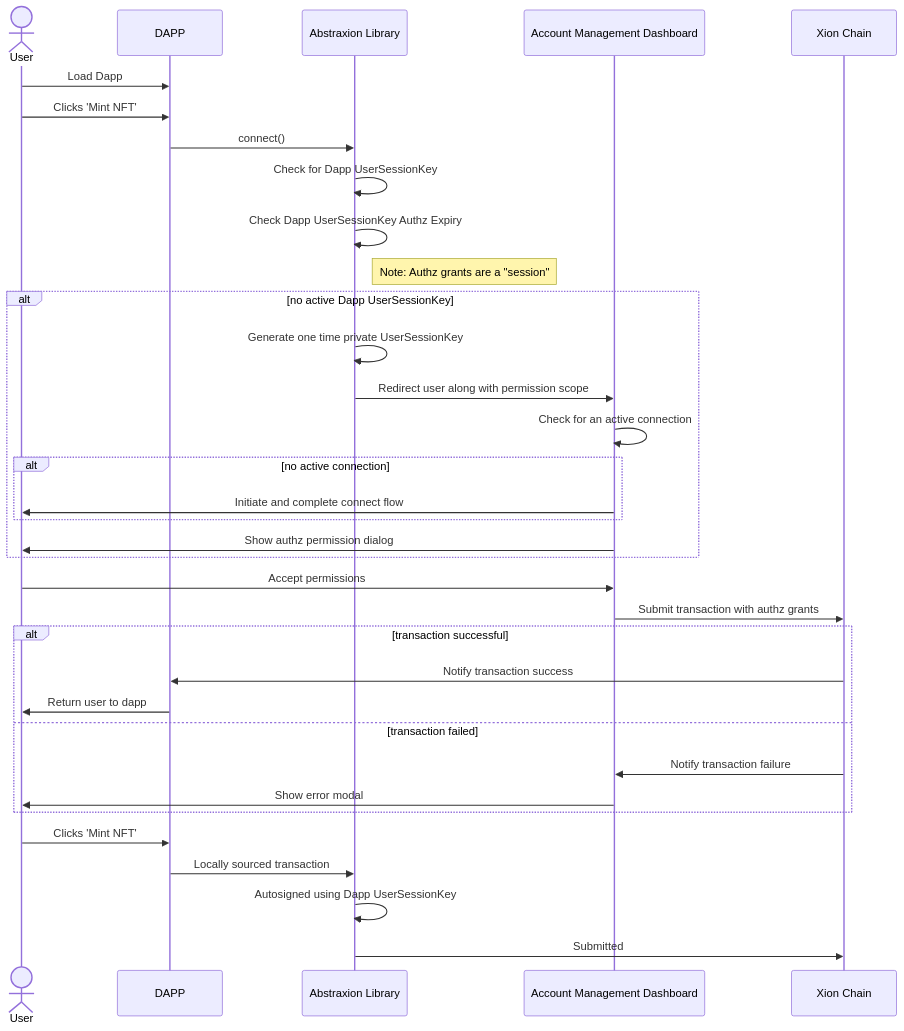
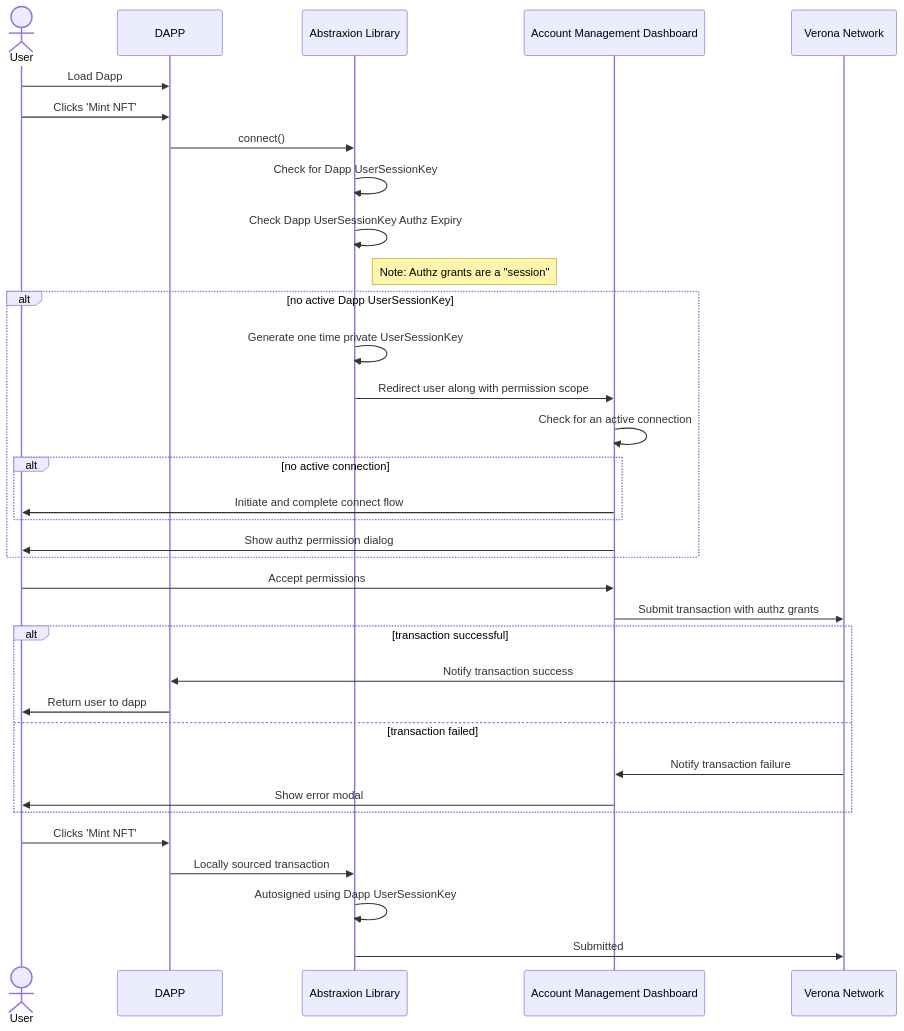
The diagram in about-verona/concepts/meta-accounts-design.md (burnt-labs/docs), drawn with Mermaid before and after one commit. The commit also changed other lines of this file and 83 other files, not shown here.

````diff
--- a/about-verona/concepts/meta-accounts-design.md
+++ b/about-verona/concepts/meta-accounts-design.md
@@ -70,36 +70,36 @@
 ```mermaid
 sequenceDiagram
     Actor User
     participant DAPP
     participant AbstraxionLibrary as Abstraxion Library
     participant AccountManagementDashboard as Account Management Dashboard
-    participant XionChain as Xion Chain
+    participant VeronaInfra as Verona Network
     User->>DAPP: Load Dapp
     User->>DAPP: Clicks 'Mint NFT'
     DAPP->>AbstraxionLibrary: connect()
     AbstraxionLibrary->>AbstraxionLibrary: Check for Dapp UserSessionKey 
     AbstraxionLibrary->>AbstraxionLibrary: Check Dapp UserSessionKey Authz Expiry
     Note right of AbstraxionLibrary: Note: Authz grants are a "session"
     alt no active Dapp UserSessionKey
         AbstraxionLibrary->>AbstraxionLibrary: Generate one time private UserSessionKey
         AbstraxionLibrary->>AccountManagementDashboard: Redirect user along with permission scope 
         AccountManagementDashboard->>AccountManagementDashboard: Check for an active connection
         alt no active connection
             AccountManagementDashboard->>User: Initiate and complete connect flow
         end
         AccountManagementDashboard->>User: Show authz permission dialog
     end
     User->>AccountManagementDashboard: Accept permissions
-    AccountManagementDashboard->>XionChain: Submit transaction with authz grants
+    AccountManagementDashboard->>VeronaInfra: Submit transaction with authz grants
     alt transaction successful
-        XionChain->>DAPP: Notify transaction success
+        VeronaInfra->>DAPP: Notify transaction success
         DAPP->>User: Return user to dapp
     else transaction failed
-        XionChain->>AccountManagementDashboard: Notify transaction failure
+        VeronaInfra->>AccountManagementDashboard: Notify transaction failure
         AccountManagementDashboard->>User: Show error modal
     end
     User->>DAPP: Clicks 'Mint NFT'
     DAPP->>AbstraxionLibrary: Locally sourced transaction
     AbstraxionLibrary->>AbstraxionLibrary: Autosigned using Dapp UserSessionKey  
-    AbstraxionLibrary->>XionChain: Submitted 
+    AbstraxionLibrary->>VeronaInfra: Submitted 
 ```
````
